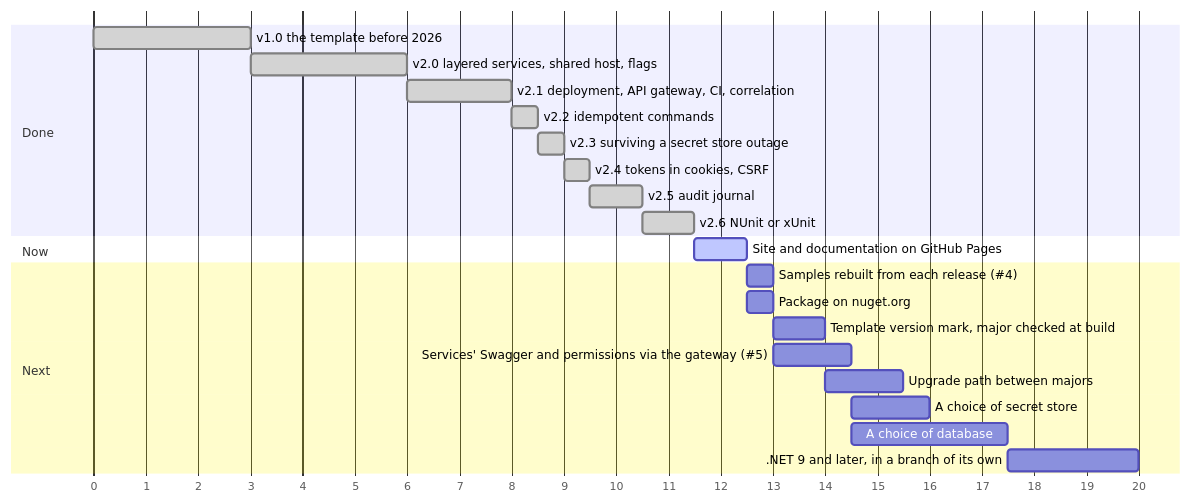
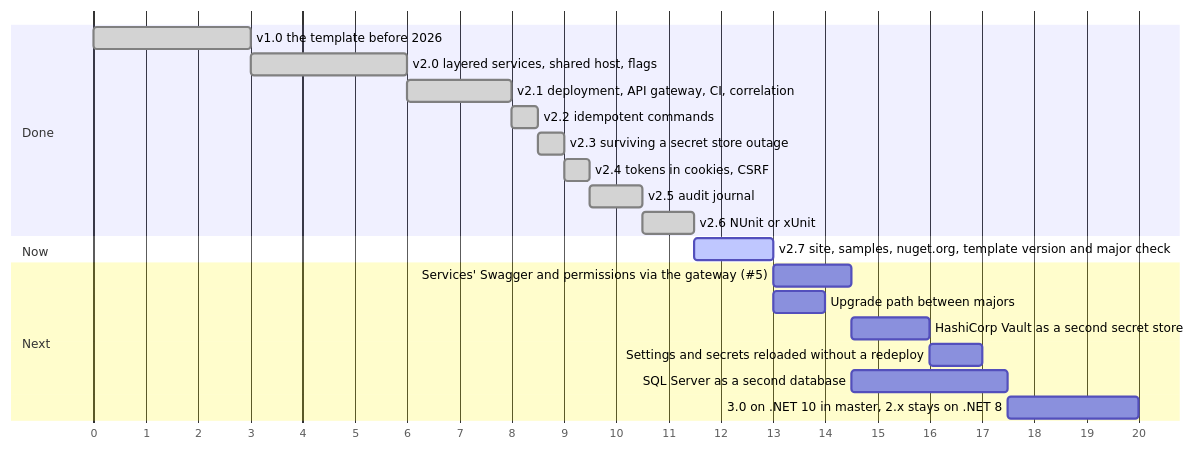
Before and after one commit to Vovanda/DotNetSolutionKit: the diagram in docs/roadmap.ru.md, drawn with Mermaid. The commit also changed other lines of this file and 1 other file, not shown here.

Commit message:
docs: the roadmap puts 2.7 now and the rest of 2.x before 3.0 on .NET 10
- Now: 2.7 - the site, the samples, nuget.org, the template version and the
  major check; Next: the gateway's Swagger and permissions (#5), the upgrade
  path, Vault, settings reloaded without a redeploy, SQL Server, then 3.0
- everything in Next goes into 2.x before .NET 8's support ends on
  10 November 2026; #4 is done and closed

````diff
--- a/docs/roadmap.ru.md
+++ b/docs/roadmap.ru.md
@@ -5,29 +5,27 @@
 ```mermaid
 gantt
     dateFormat X
     axisFormat %s
     tickInterval 1second
 
     section Done
     v1.0 the template before 2026                         :done, s1, 0, 3000ms
     v2.0 layered services, shared host, flags             :done, s2, after s1, 3000ms
     v2.1 deployment, API gateway, CI, correlation         :done, s3, after s2, 2000ms
     v2.2 idempotent commands                              :done, s4, after s3, 500ms
     v2.3 surviving a secret store outage                  :done, s5, after s4, 500ms
     v2.4 tokens in cookies, CSRF                          :done, s6, after s5, 500ms
     v2.5 audit journal                                    :done, s7, after s6, 1000ms
     v2.6 NUnit or xUnit                                   :done, s8, after s7, 1000ms
 
     section Now
-    Site and documentation on GitHub Pages                :active, s9, after s8, 1000ms
+    v2.7 site, samples, nuget.org, template version and major check :active, s9, after s8, 1500ms
 
     section Next
-    Samples rebuilt from each release (#4)                :s10, after s9, 500ms
-    Package on nuget.org                                  :s11, after s9, 500ms
-    Template version mark, major checked at build         :s12, after s10 s11, 1000ms
-    Services' Swagger and permissions via the gateway (#5) :s13, after s10 s11, 1500ms
-    Upgrade path between majors                           :s14, after s12, 1500ms
-    A choice of secret store                              :s15, after s13, 1500ms
-    A choice of database                                  :s16, after s13, 3000ms
-    .NET 9 and later, in a branch of its own              :s17, after s14 s15 s16, 2500ms
+    Services' Swagger and permissions via the gateway (#5) :s10, after s9, 1500ms
+    Upgrade path between majors                           :s11, after s9, 1000ms
+    HashiCorp Vault as a second secret store              :s12, after s10, 1500ms
+    Settings and secrets reloaded without a redeploy      :s13, after s12, 1000ms
+    SQL Server as a second database                       :s14, after s10, 3000ms
+    3.0 on .NET 10 in master, 2.x stays on .NET 8         :s15, after s11 s13 s14, 2500ms
 ```
````
